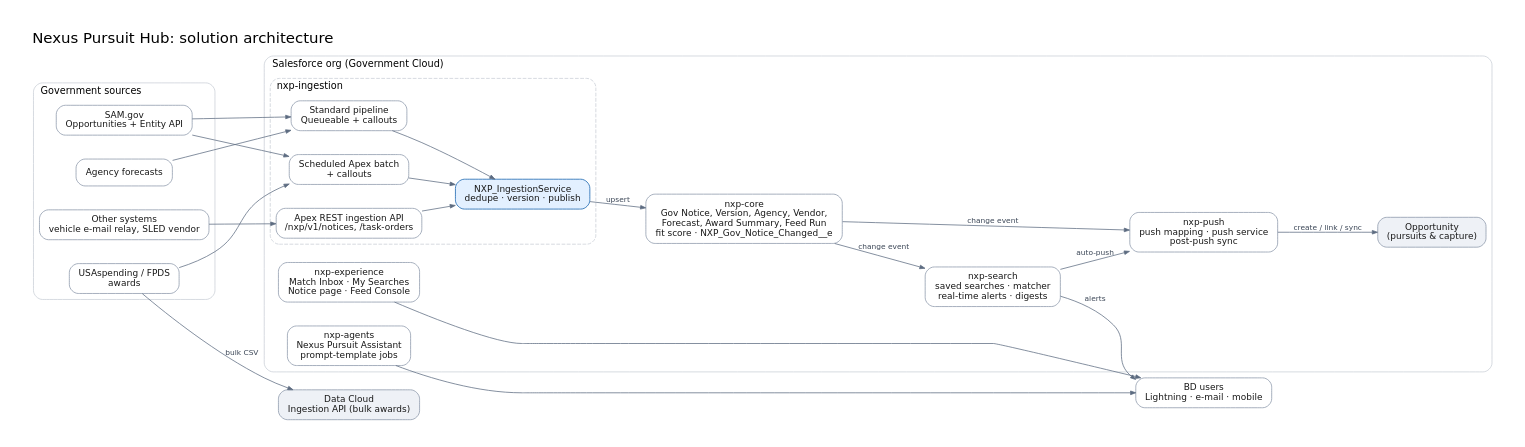
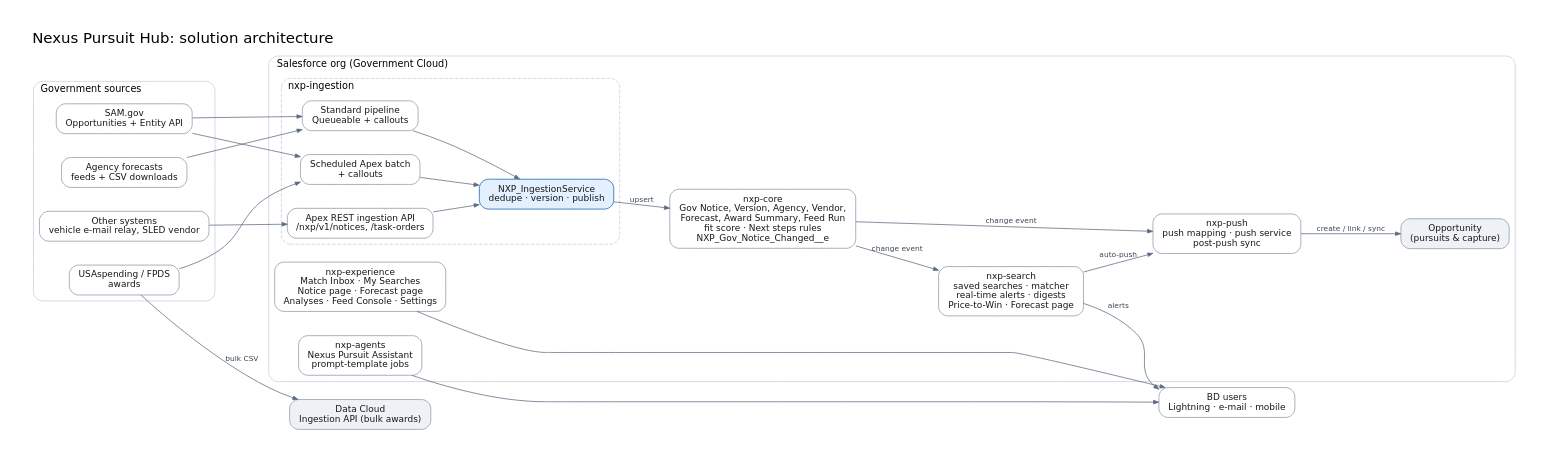
The diagram in docs/diagrams/src/01-solution-architecture.dot (Hectorcaban-sudo/Nexus-Pursuit-Hub), drawn with Graphviz before and after one commit. The commit also changed 13 other files, not shown here.

First line of the commit message:
docs: cover Next steps, analysis playbooks, Forecast page and CSV import

```diff
--- a/docs/diagrams/src/01-solution-architecture.dot
+++ b/docs/diagrams/src/01-solution-architecture.dot
@@ -1,38 +1,38 @@
 digraph G {
   graph [fontname="DejaVu Sans", fontsize=20, labelloc=t, labeljust=l, pad=0.4, nodesep=0.45, ranksep=0.6, bgcolor="white", color="#C9CED6"];
   node  [fontname="DejaVu Sans", fontsize=12, shape=box, style="rounded,filled", fillcolor="#FFFFFF", color="#8A96A8", fontcolor="#181818", margin="0.18,0.10"];
   edge  [fontname="DejaVu Sans", fontsize=10, color="#5C6B80", fontcolor="#3B4656", arrowsize=0.7];
   label="Nexus Pursuit Hub: solution architecture\n";
   rankdir=LR;
   subgraph cluster_src { label="Government sources"; style="rounded"; fontsize=13;
     sam  [label="SAM.gov\nOpportunities + Entity API"];
     usa  [label="USAspending / FPDS\nawards"];
-    fc   [label="Agency forecasts"];
+    fc   [label="Agency forecasts\nfeeds + CSV downloads"];
     oth  [label="Other systems\nvehicle e-mail relay, SLED vendor"];
   }
   subgraph cluster_sf { label="Salesforce org (Government Cloud)"; style="rounded"; fontsize=13;
     subgraph cluster_ing { label="nxp-ingestion"; style="rounded,dashed";
       pipe [label="Standard pipeline\nQueueable + callouts"];
       batch [label="Scheduled Apex batch\n+ callouts"];
       rest [label="Apex REST ingestion API\n/nxp/v1/notices, /task-orders"];
       svc  [label="NXP_IngestionService\ndedupe · version · publish", fillcolor="#E3F0FF", color="#0B5CAB"];
     }
-    core [label="nxp-core\nGov Notice, Version, Agency, Vendor,\nForecast, Award Summary, Feed Run\nfit score · NXP_Gov_Notice_Changed__e"];
-    srch [label="nxp-search\nsaved searches · matcher\nreal-time alerts · digests"];
+    core [label="nxp-core\nGov Notice, Version, Agency, Vendor,\nForecast, Award Summary, Feed Run\nfit score · Next steps rules\nNXP_Gov_Notice_Changed__e"];
+    srch [label="nxp-search\nsaved searches · matcher\nreal-time alerts · digests\nPrice-to-Win · Forecast page"];
     push [label="nxp-push\npush mapping · push service\npost-push sync"];
-    ux   [label="nxp-experience\nMatch Inbox · My Searches\nNotice page · Feed Console"];
+    ux   [label="nxp-experience\nMatch Inbox · My Searches\nNotice page · Forecast page\nAnalyses · Feed Console · Settings"];
     ag   [label="nxp-agents\nNexus Pursuit Assistant\nprompt-template jobs"];
     tm   [label="Opportunity\n(pursuits & capture)", fillcolor="#EEF1F6"];
   }
   dc [label="Data Cloud\nIngestion API (bulk awards)", fillcolor="#EEF1F6"];
   users [label="BD users\nLightning · e-mail · mobile", shape=box];
   sam -> pipe; sam -> batch; fc -> pipe; usa -> batch; usa -> dc [label="bulk CSV"]; oth -> rest;
   pipe -> svc; batch -> svc; rest -> svc;
   svc -> core [label="upsert"];
   core -> srch [label="change event"];
   core -> push [label="change event"];
   srch -> push [label="auto-push"];
   push -> tm [label="create / link / sync"];
   srch -> users [label="alerts"];
   ux -> users; ag -> users;
 }
```
